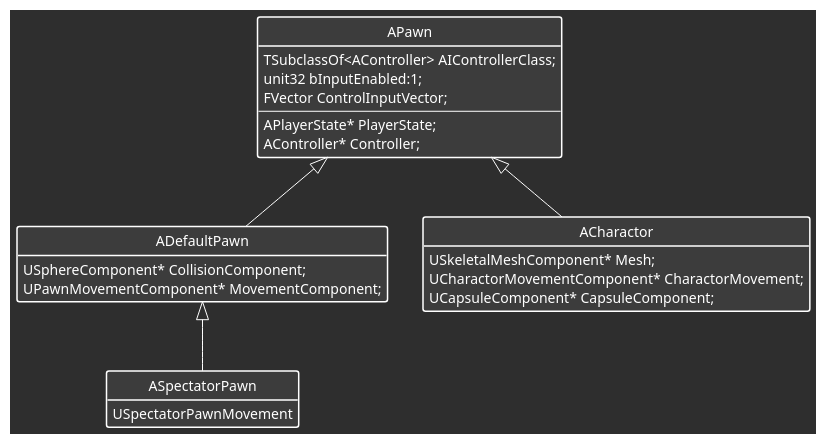
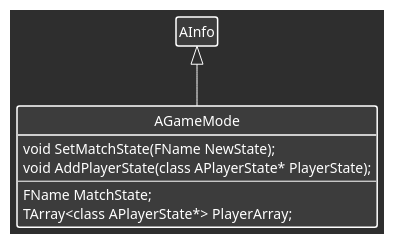
Before and after one commit to Volleier/Obsidian-Vault: the diagram in temp.puml, drawn with PlantUML. The commit also changed 6 other files, not shown here.

```diff
--- a/temp.puml
+++ b/temp.puml
@@ -1,48 +1,34 @@
 @startuml DiagramName
 skinparam backgroundColor #2E2E2E
 skinparam class {
     BackgroundColor #3C3C3C
     ArrowColor White
     BorderColor White
     FontColor White
     AttributeFontColor White
     StereotypeFontColor White
     BorderThickness 1.5
 }
 skinparam note {
     BackgroundColor #4B4B4B
     BorderColor White
     FontColor White
 }
 hide circle
 hide empty members
 hide empty methods
 
-class APawn {
-    TSubclassOf<AController> AIControllerClass;
-    unit32 bInputEnabled:1;
-    FVector ControlInputVector;
-    --
-    APlayerState* PlayerState;
-    AController* Controller;
+class AInfo {
+
 }
 
-class ADefaultPawn {
-    USphereComponent* CollisionComponent;
-    UPawnMovementComponent* MovementComponent;
+class AGameMode {
+    void SetMatchState(FName NewState);
+    void AddPlayerState(class APlayerState* PlayerState);
+    --
+    FName MatchState;
+    TArray<class APlayerState*> PlayerArray;
 }
 
-class ACharactor {
-    USkeletalMeshComponent* Mesh;
-    UCharactorMovementComponent* CharactorMovement;
-    UCapsuleComponent* CapsuleComponent;
-}
-
-class ASpectatorPawn {
-    USpectatorPawnMovement
-}
-
-APawn <|-- ADefaultPawn
-APawn <|-- ACharactor
-ADefaultPawn <|-- ASpectatorPawn
+AInfo <|-- AGameMode 
 @enduml
```
